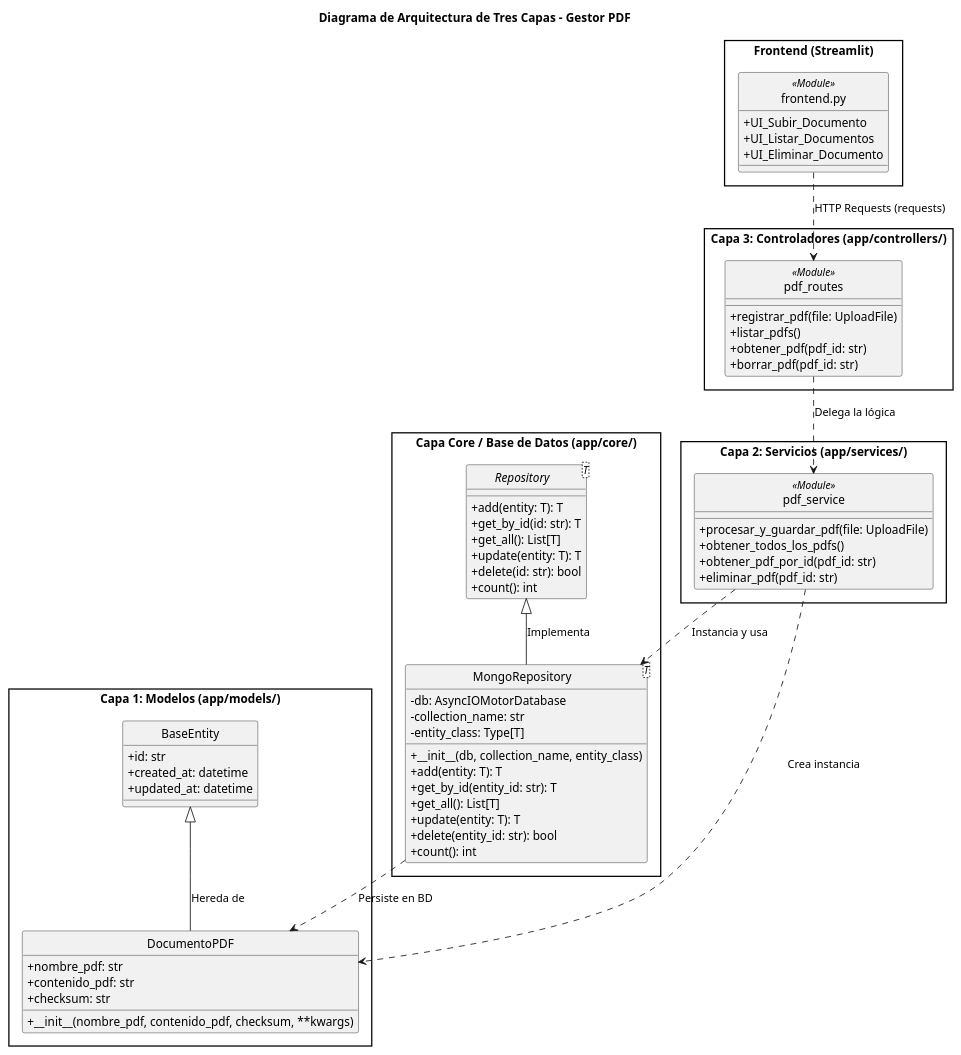
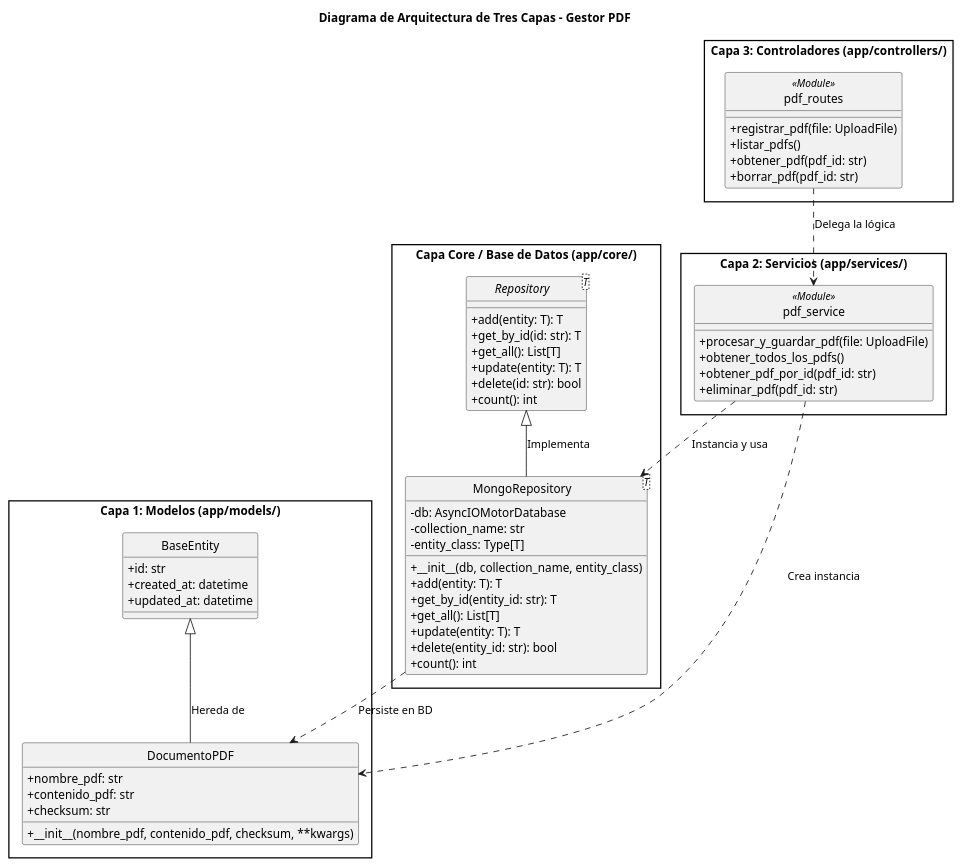
Before and after one commit to Enzo-Ezequiel/Proyecto-de-Desarrollo: the diagram in docs/diagrama.puml, drawn with PlantUML. The commit also changed 24 other files, not shown here.

```diff
--- a/docs/diagrama.puml
+++ b/docs/diagrama.puml
@@ -1,86 +1,77 @@
 @startuml Proyecto
 skinparam style strictuml
 skinparam packageStyle rectangle
 skinparam classAttributeIconSize 0
 
 title Diagrama de Arquitectura de Tres Capas - Gestor PDF
 
 package "Capa 1: Modelos (app/models/)" {
     class BaseEntity {
         + id: str
         + created_at: datetime
         + updated_at: datetime
     }
 
     class DocumentoPDF {
         + nombre_pdf: str
         + contenido_pdf: str
         + checksum: str
         + __init__(nombre_pdf, contenido_pdf, checksum, **kwargs)
     }
 
     DocumentoPDF -up-|> BaseEntity : Hereda de
 }
 
 package "Capa Core / Base de Datos (app/core/)" {
     interface Repository<T> {
         + add(entity: T): T
         + get_by_id(id: str): T
         + get_all(): List[T]
         + update(entity: T): T
         + delete(id: str): bool
         + count(): int
     }
 
     class MongoRepository<T> {
         - db: AsyncIOMotorDatabase
         - collection_name: str
         - entity_class: Type[T]
         + __init__(db, collection_name, entity_class)
         + add(entity: T): T
         + get_by_id(entity_id: str): T
         + get_all(): List[T]
         + update(entity: T): T
         + delete(entity_id: str): bool
         + count(): int
     }
 
     MongoRepository -up-|> Repository : Implementa
 }
 
 package "Capa 2: Servicios (app/services/)" {
     class "pdf_service" as PDFService << (M, #FF7700) Module >> {
         + procesar_y_guardar_pdf(file: UploadFile)
         + obtener_todos_los_pdfs()
         + obtener_pdf_por_id(pdf_id: str)
         + eliminar_pdf(pdf_id: str)
     }
 }
 
 package "Capa 3: Controladores (app/controllers/)" {
     class "pdf_routes" as PDFRoutes << (M, #FF7700) Module >> {
         + registrar_pdf(file: UploadFile)
         + listar_pdfs()
         + obtener_pdf(pdf_id: str)
         + borrar_pdf(pdf_id: str)
     }
 }
 
-package "Frontend (Streamlit)" {
-    class "frontend.py" as Frontend << (M, #FF7700) Module >> {
-        + UI_Subir_Documento
-        + UI_Listar_Documentos
-        + UI_Eliminar_Documento
-    }
-}
-
 ' --- Relaciones y Flujo Unidireccional ---
-Frontend ..> PDFRoutes : HTTP Requests (requests)
 
 PDFRoutes ..> PDFService : Delega la lógica
 
 PDFService ..> MongoRepository : Instancia y usa
 PDFService ..> DocumentoPDF : Crea instancia
 
 MongoRepository ..> DocumentoPDF : Persiste en BD
 @enduml
```
